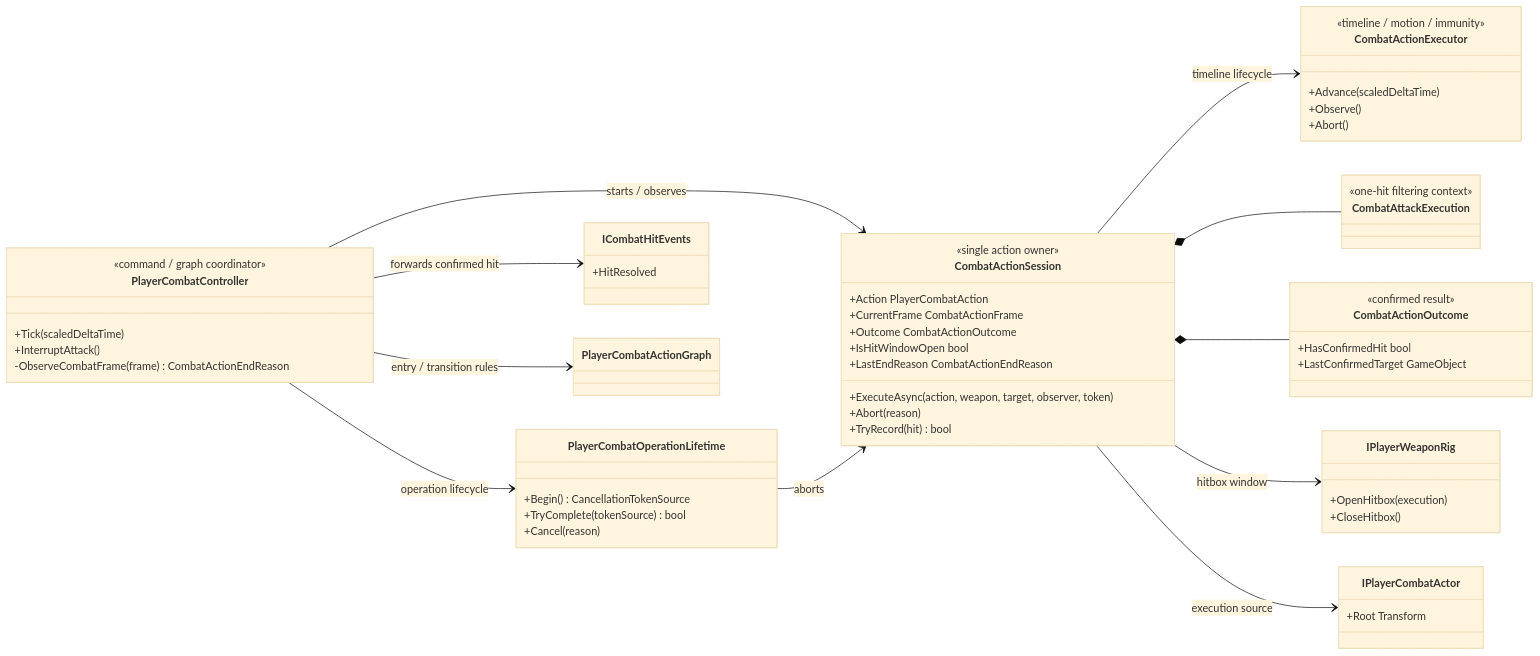
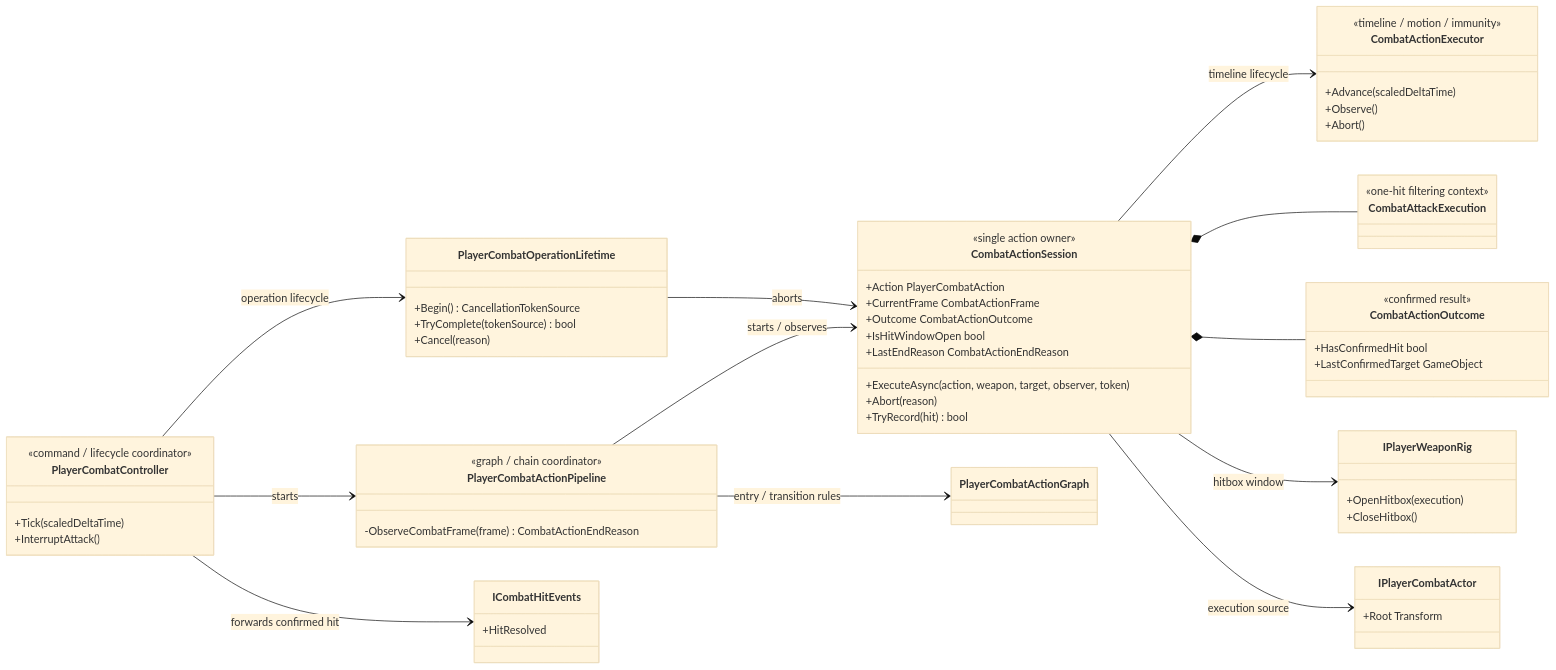
The first of 2 diagrams in Docs/Architecture/Combat.ActionSession.md (MaximFonariuc/project-s), drawn with Mermaid (base theme) before and after one commit. The commit also changed other lines of this file and 13 other files, not shown here.

Commit message:
refactor(combat): extract action execution pipeline

````diff
--- a/Docs/Architecture/Combat.ActionSession.md
+++ b/Docs/Architecture/Combat.ActionSession.md
@@ -16,63 +16,67 @@
 ```mermaid
 classDiagram
     direction LR
 
     class PlayerCombatController {
-        <<command / graph coordinator>>
+        <<command / lifecycle coordinator>>
         +Tick(scaledDeltaTime)
         +InterruptAttack()
+    }
+    class PlayerCombatActionPipeline {
+        <<graph / chain coordinator>>
         -ObserveCombatFrame(frame) CombatActionEndReason
     }
     class CombatActionSession {
         <<single action owner>>
         +Action PlayerCombatAction
         +CurrentFrame CombatActionFrame
         +Outcome CombatActionOutcome
         +IsHitWindowOpen bool
         +LastEndReason CombatActionEndReason
         +ExecuteAsync(action, weapon, target, observer, token)
         +Abort(reason)
         +TryRecord(hit) bool
     }
     class PlayerCombatOperationLifetime {
         +Begin() CancellationTokenSource
         +TryComplete(tokenSource) bool
         +Cancel(reason)
     }
     class CombatActionExecutor {
         <<timeline / motion / immunity>>
         +Advance(scaledDeltaTime)
         +Observe()
         +Abort()
     }
     class CombatAttackExecution {
         <<one-hit filtering context>>
     }
     class CombatActionOutcome {
         <<confirmed result>>
         +HasConfirmedHit bool
         +LastConfirmedTarget GameObject
     }
     class IPlayerWeaponRig {
         +OpenHitbox(execution)
         +CloseHitbox()
     }
     class IPlayerCombatActor {
         +Root Transform
     }
     class ICombatHitEvents {
         +HitResolved
     }
     class PlayerCombatActionGraph
 
-    PlayerCombatController --> CombatActionSession : starts / observes
+    PlayerCombatController --> PlayerCombatActionPipeline : starts
+    PlayerCombatActionPipeline --> CombatActionSession : starts / observes
     PlayerCombatController --> PlayerCombatOperationLifetime : operation lifecycle
     PlayerCombatOperationLifetime --> CombatActionSession : aborts
-    PlayerCombatController --> PlayerCombatActionGraph : entry / transition rules
+    PlayerCombatActionPipeline --> PlayerCombatActionGraph : entry / transition rules
     PlayerCombatController --> ICombatHitEvents : forwards confirmed hit
     CombatActionSession --> CombatActionExecutor : timeline lifecycle
     CombatActionSession *-- CombatAttackExecution
     CombatActionSession *-- CombatActionOutcome
     CombatActionSession --> IPlayerWeaponRig : hitbox window
     CombatActionSession --> IPlayerCombatActor : execution source
 ```
````
